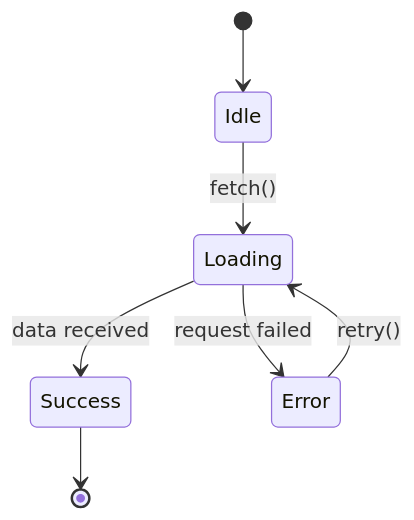
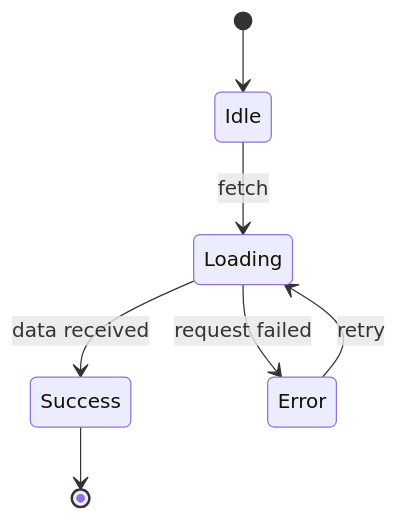
The first of 5 diagrams in skills/state-diagram/SKILL.md (jjeremycai/claudekit), drawn with Mermaid before and after one commit. The commit also changed other lines of this file and 1 other file, not shown here.

````diff
--- a/skills/state-diagram/SKILL.md
+++ b/skills/state-diagram/SKILL.md
@@ -54,9 +111,9 @@
 ```mermaid
 stateDiagram-v2
     [*] --> Idle
-    Idle --> Loading : fetch()
+    Idle --> Loading : fetch
     Loading --> Success : data received
     Loading --> Error : request failed
-    Error --> Loading : retry()
+    Error --> Loading : retry
     Success --> [*]
 ```
````
